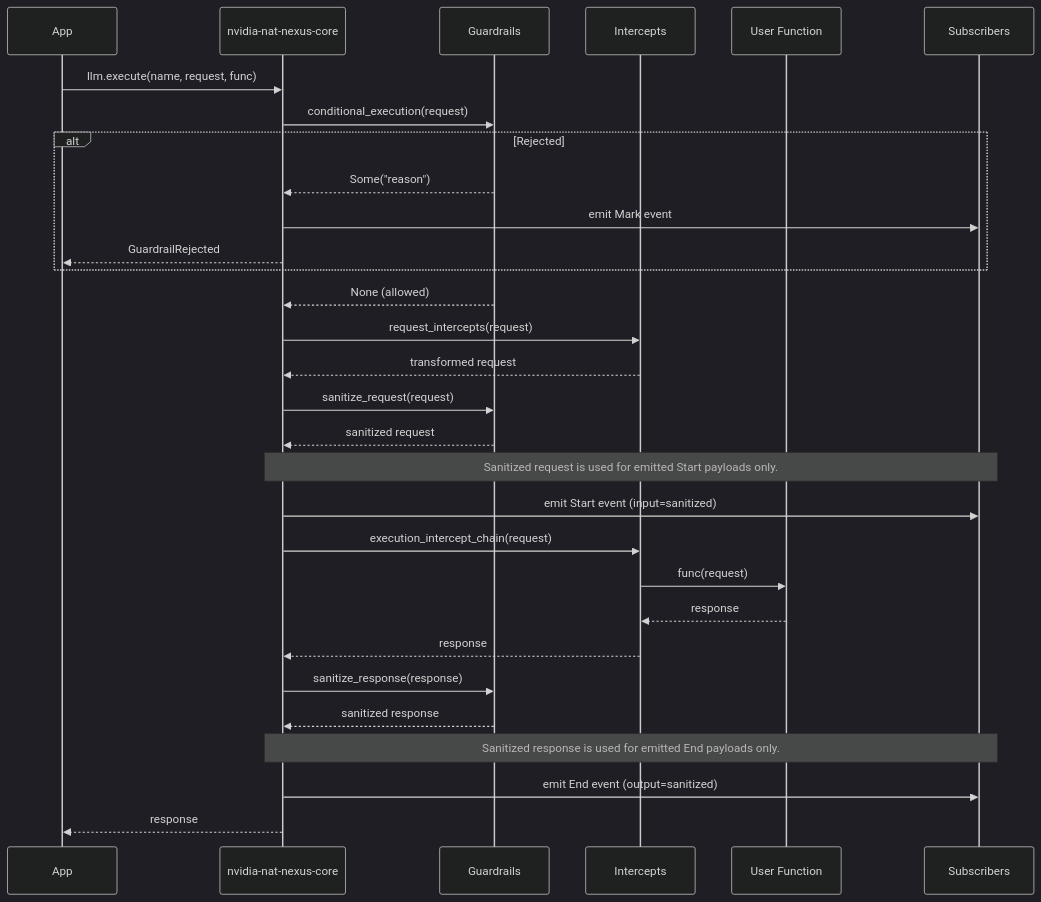
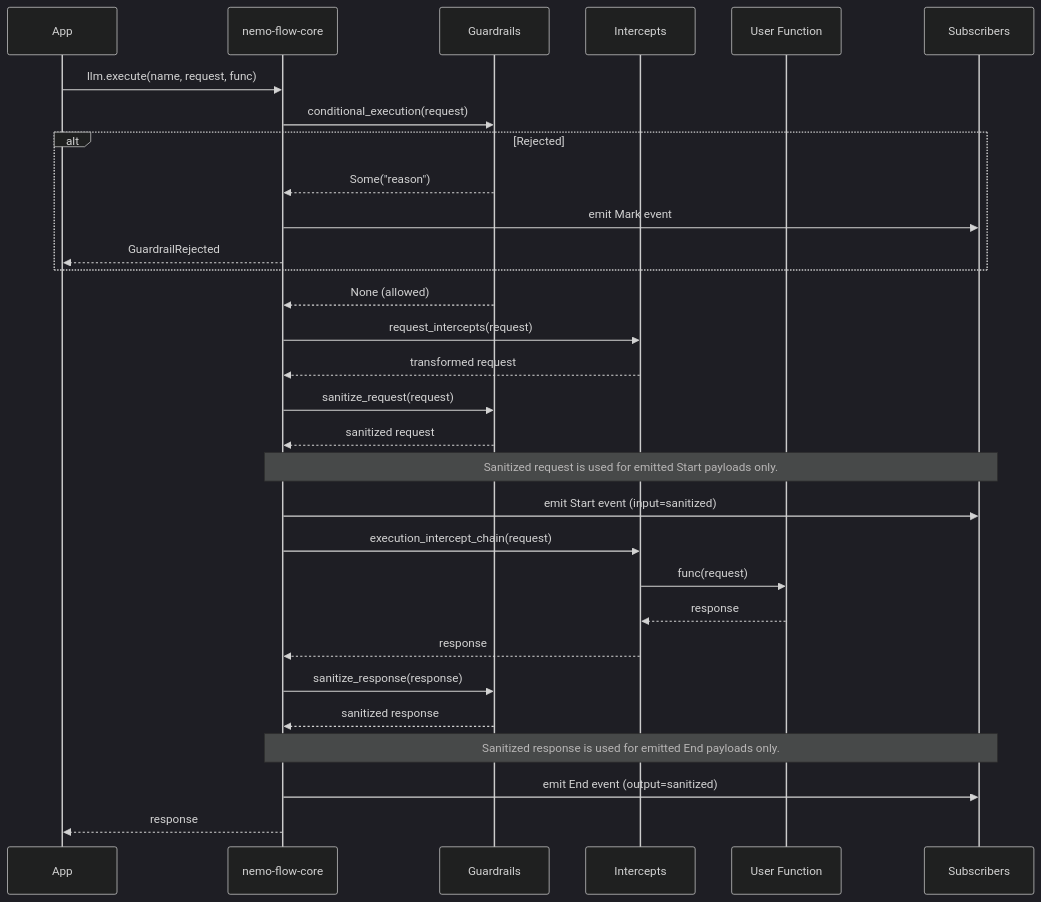
Before and after one commit to NVIDIA/NeMo-Relay: the fourth of 4 diagrams in docs/architecture.md, drawn with Mermaid (dark theme). The commit also changed other lines of this file and 312 other files, not shown here.

````diff
--- a/docs/architecture.md
+++ b/docs/architecture.md
@@ -182,33 +182,33 @@
 ```mermaid
 sequenceDiagram
     participant App
-    participant Core as nvidia-nat-nexus-core
+    participant Core as nemo-flow-core
     participant Guards as Guardrails
     participant Ints as Intercepts
     participant Func as User Function
     participant Subs as Subscribers
 
     App->>Core: llm.execute(name, request, func)
     Core->>Guards: conditional_execution(request)
     alt Rejected
         Guards-->>Core: Some("reason")
         Core->>Subs: emit Mark event
         Core-->>App: GuardrailRejected
     end
     Guards-->>Core: None (allowed)
     Core->>Ints: request_intercepts(request)
     Ints-->>Core: transformed request
     Core->>Guards: sanitize_request(request)
     Guards-->>Core: sanitized request
     Note over Core,Subs: Sanitized request is used for emitted Start payloads only.
     Core->>Subs: emit Start event (input=sanitized)
     Core->>Ints: execution_intercept_chain(request)
     Ints->>Func: func(request)
     Func-->>Ints: response
     Ints-->>Core: response
     Core->>Guards: sanitize_response(response)
     Guards-->>Core: sanitized response
     Note over Core,Subs: Sanitized response is used for emitted End payloads only.
     Core->>Subs: emit End event (output=sanitized)
     Core-->>App: response
 ```
````
